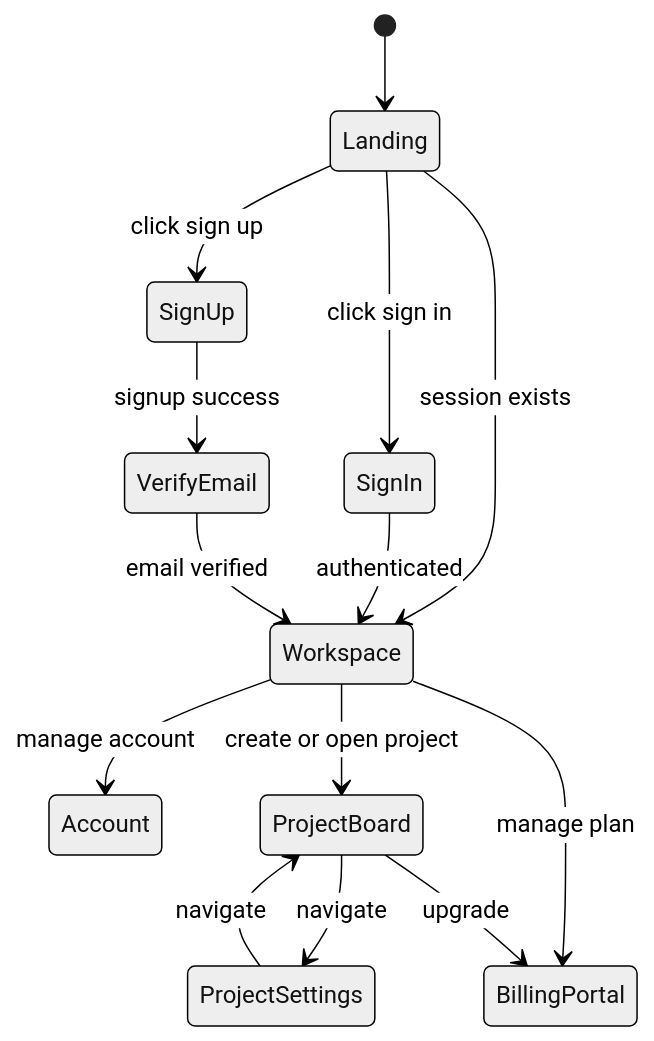
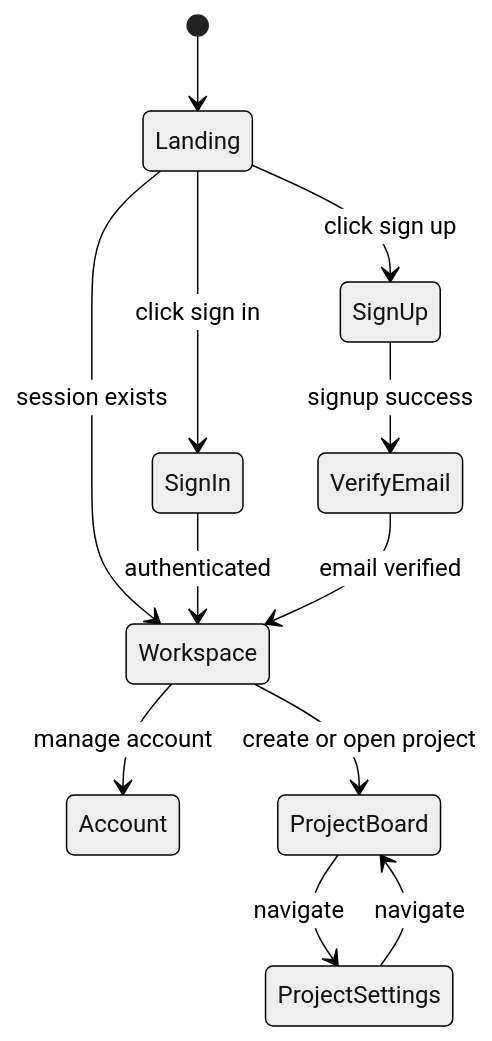
Before and after one commit to mc6ril/workbench: the second of 5 diagrams in .cursor/docs/flowchart.md, drawn with Mermaid (neutral theme). The commit also changed other lines of this file and 20 other files, not shown here.

````diff
--- a/.cursor/docs/flowchart.md
+++ b/.cursor/docs/flowchart.md
@@ -40,19 +37,17 @@
 ```mermaid
 stateDiagram-v2
    [*] --> Landing
    Landing --> SignIn: click sign in
    Landing --> SignUp: click sign up
    Landing --> Workspace: session exists
 
    SignIn --> Workspace: authenticated
    SignUp --> VerifyEmail: signup success
    VerifyEmail --> Workspace: email verified
 
    Workspace --> Account: manage account
    Workspace --> ProjectBoard: create or open project
-   Workspace --> BillingPortal: manage plan
 
    ProjectBoard --> ProjectSettings: navigate
-   ProjectBoard --> BillingPortal: upgrade
    ProjectSettings --> ProjectBoard: navigate
 ```
````
